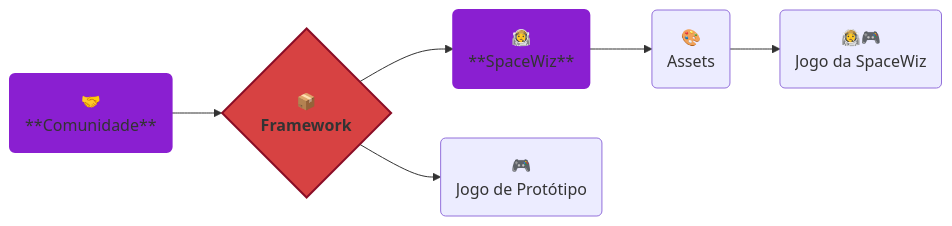
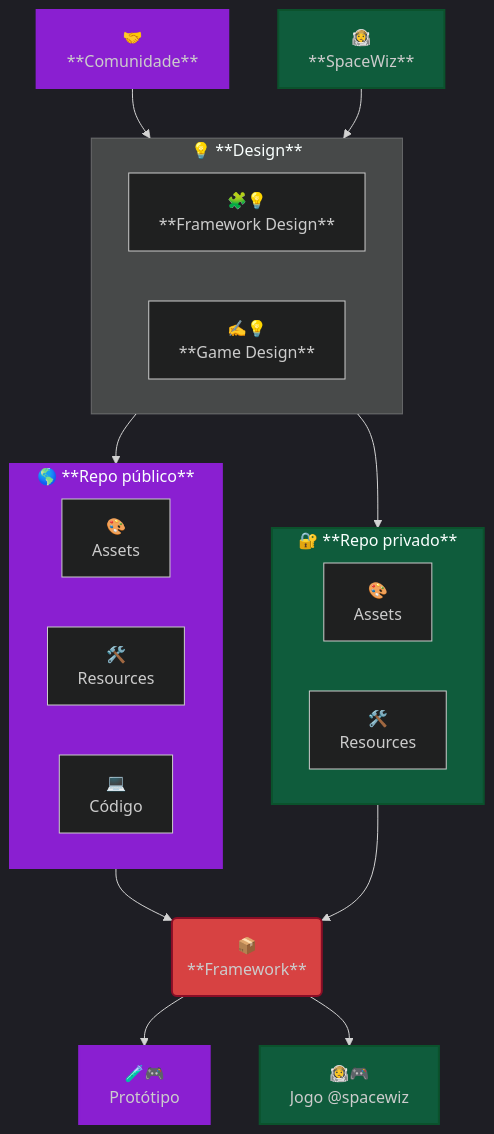
Before and after one commit to Space-Wizard-Studios/sw-game-dice-rolling: the diagram in README.md, drawn with Mermaid. The commit also changed other lines of this file and 19 other files, not shown here.

````diff
--- a/README.md
+++ b/README.md
@@ -47,11 +43,33 @@
 ```mermaid
-flowchart LR
-    A(🤝<br>**Comunidade**) --> B@{ shape: diamond, label: "📦<br>**Framework**" } --> C(👨‍🚀<br>**SpaceWiz**) --> D(🎨<br>Assets)
+---
+config:
+  theme: dark
+---
+flowchart TD
+    subgraph pr["🔐 **Repo privado**"]
+        prA["🎨<br>Assets"]
+        prR["🛠️<br>Resources"]
+    end
+    subgraph pu["🌎 **Repo público**"]
+        puA["🎨<br>Assets"]
+        puR["🛠️<br>Resources"]
+        puC["💻<br>Código"]
+    end
+    subgraph ds["💡 **Design**"]
 
-    B -->E(🎮<br>Jogo de Protótipo )
-    D -->F(👨‍🚀🎮<br>Jogo da SpaceWiz )
-
-    style A fill:#8a1fd1,stroke:#8a1fd1,stroke-width:2px;
-    style B fill:#d74242,stroke:#8a0d26,stroke-width:2px;
-    style C fill:#8a1fd1,stroke:#8a1fd1,stroke-width:2px;
+        dsF["🧩💡<br>**Framework Design**"]
+        dsG["✍💡<br>**Game Design**"]
+    end
+    cm["🤝<br>**Comunidade**"] & sw["👨‍🚀<br>**SpaceWiz**"] --> ds 
+    ds --> pr & pu
+    pu --> fr("📦<br>**Framework**")
+    pr --> fr
+    fr --> gameDemo["🧪🎮<br>Protótipo"] & gameSW["👨‍🚀🎮<br>Jogo @spacewiz"]
+    style cm fill:#8a1fd1,stroke:#8a1fd1,stroke-width:2px
+    style sw fill:#0f5c3c,stroke:#0b522c,stroke-width:2px
+    style pr fill:#0f5c3c,stroke:#0b522c,stroke-width:2px
+    style pu fill:#8a1fd1,stroke:#8a1fd1,stroke-width:2px
+    style fr fill:#d74242,stroke:#8a0d26,stroke-width:2px
+    style gameDemo fill:#8a1fd1,stroke:#8a1fd1,stroke-width:2px
+    style gameSW fill:#0f5c3c,stroke:#0b522c,stroke-width:2px
 ```
````
